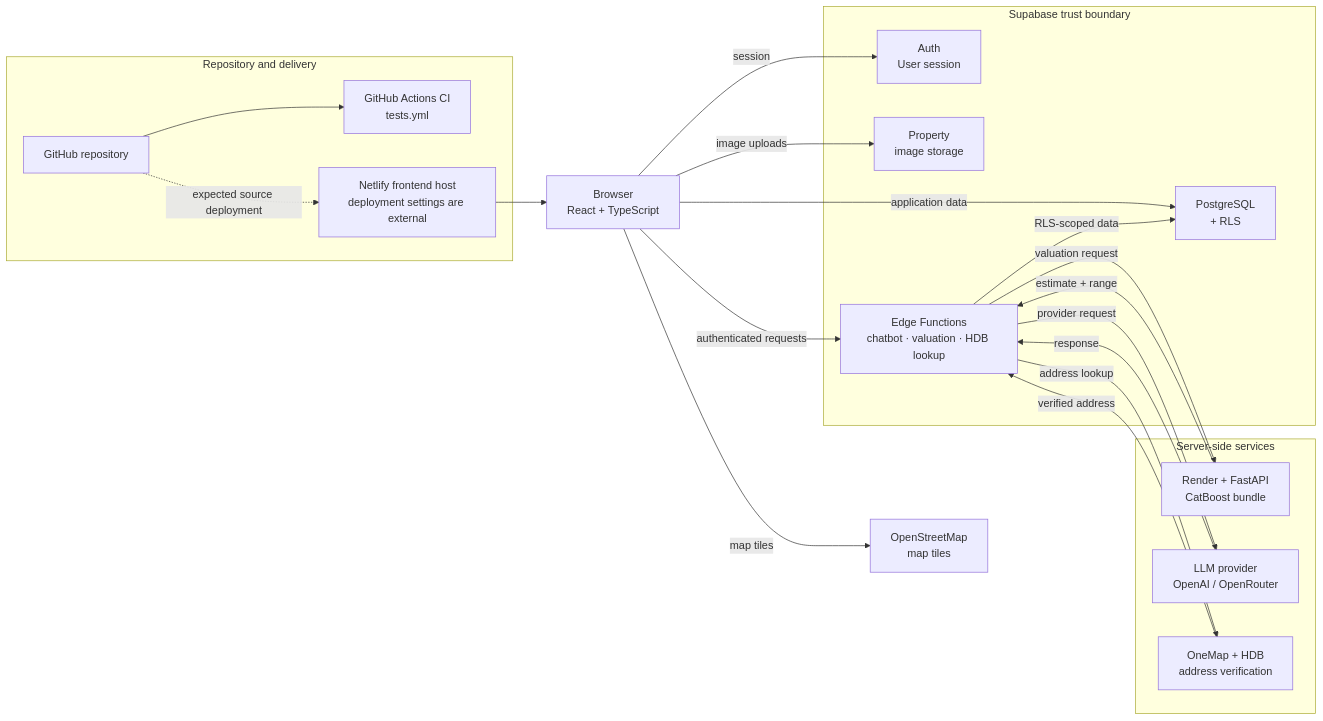
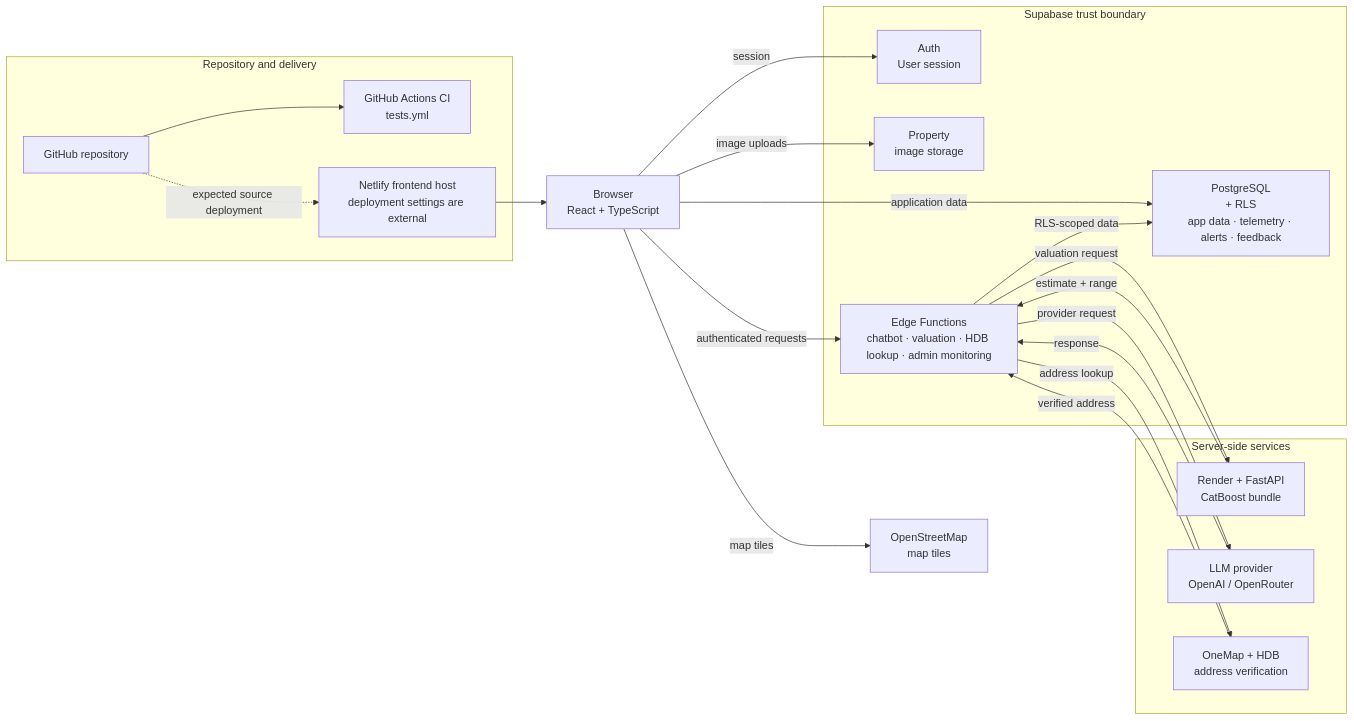
The first of 3 diagrams in README.md (Nitecry7/SC3040-Software-Engineering-Project), drawn with Mermaid before and after one commit. The commit also changed other lines of this file, not shown here.

Commit message:
Updated main README.md file with high-level diagrams for Edge Functions and PostgreSQL labels

````diff
--- a/README.md
+++ b/README.md
@@ -73,44 +73,44 @@
 ```mermaid
 flowchart LR
     subgraph Delivery["Repository and delivery"]
         Repo["GitHub repository"]
         CI["GitHub Actions CI<br/>tests.yml"]
         Netlify["Netlify frontend host<br/>deployment settings are external"]
         Repo --> CI
         Repo -.->|"expected source deployment"| Netlify
     end
 
     Browser["Browser<br/>React + TypeScript"]
 
     subgraph Supabase["Supabase trust boundary"]
         Auth["Auth<br/>User session"]
-        Data["PostgreSQL<br/>+ RLS"]
+        Data["PostgreSQL<br/>+ RLS<br/>app data · telemetry · alerts · feedback"]
         Storage["Property<br/>image storage"]
-        Functions["Edge Functions<br/>chatbot · valuation · HDB lookup"]
+        Functions["Edge Functions<br/>chatbot · valuation · HDB lookup · admin monitoring"]
     end
 
     subgraph Services["Server-side services"]
         Render["Render + FastAPI<br/>CatBoost bundle"]
         Provider["LLM provider<br/>OpenAI / OpenRouter"]
         Address["OneMap + HDB<br/>address verification"]
     end
 
     Tiles["OpenStreetMap<br/>map tiles"]
 
     Netlify --> Browser
     Browser -->|"session"| Auth
     Browser -->|"application data"| Data
     Browser -->|"authenticated requests"| Functions
     Browser -->|"image uploads"| Storage
     Browser -->|"map tiles"| Tiles
 
     Functions -->|"RLS-scoped data"| Data
     Functions -->|"valuation request"| Render
     Render -->|"estimate + range"| Functions
 
     Functions -->|"provider request"| Provider
     Provider -->|"response"| Functions
 
     Functions -->|"address lookup"| Address
     Address -->|"verified address"| Functions
 ```
````
